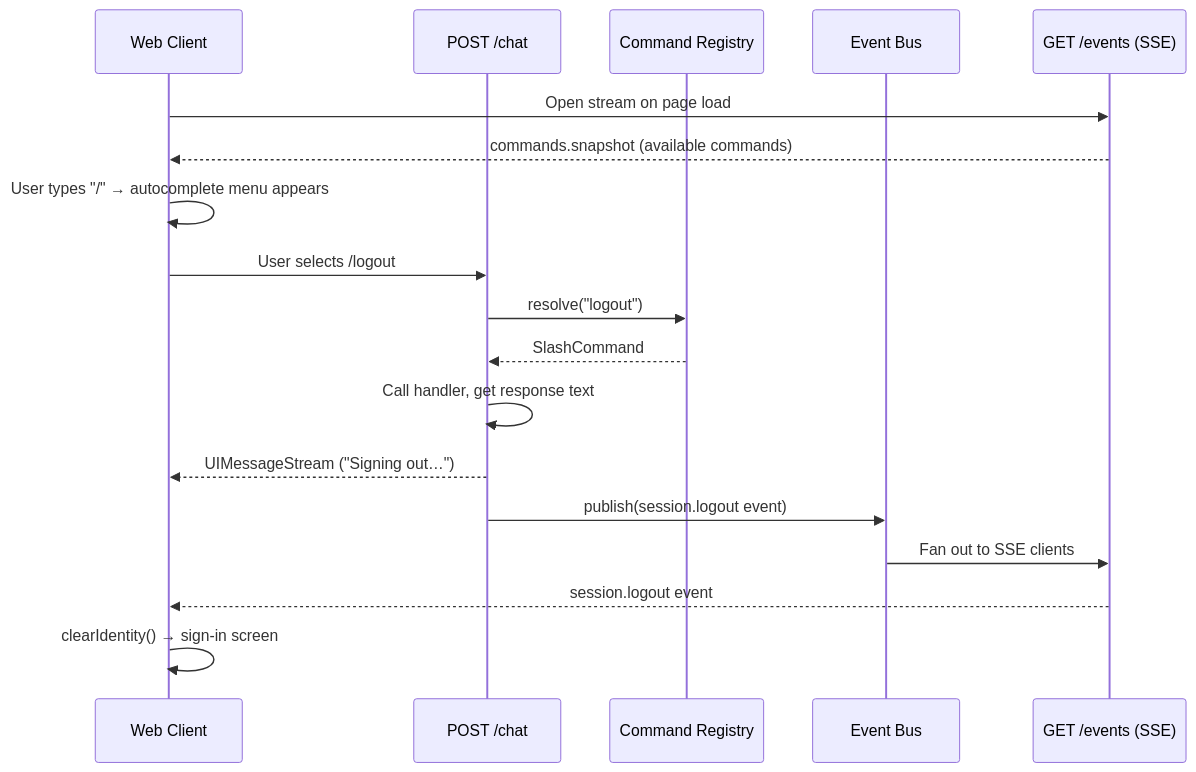
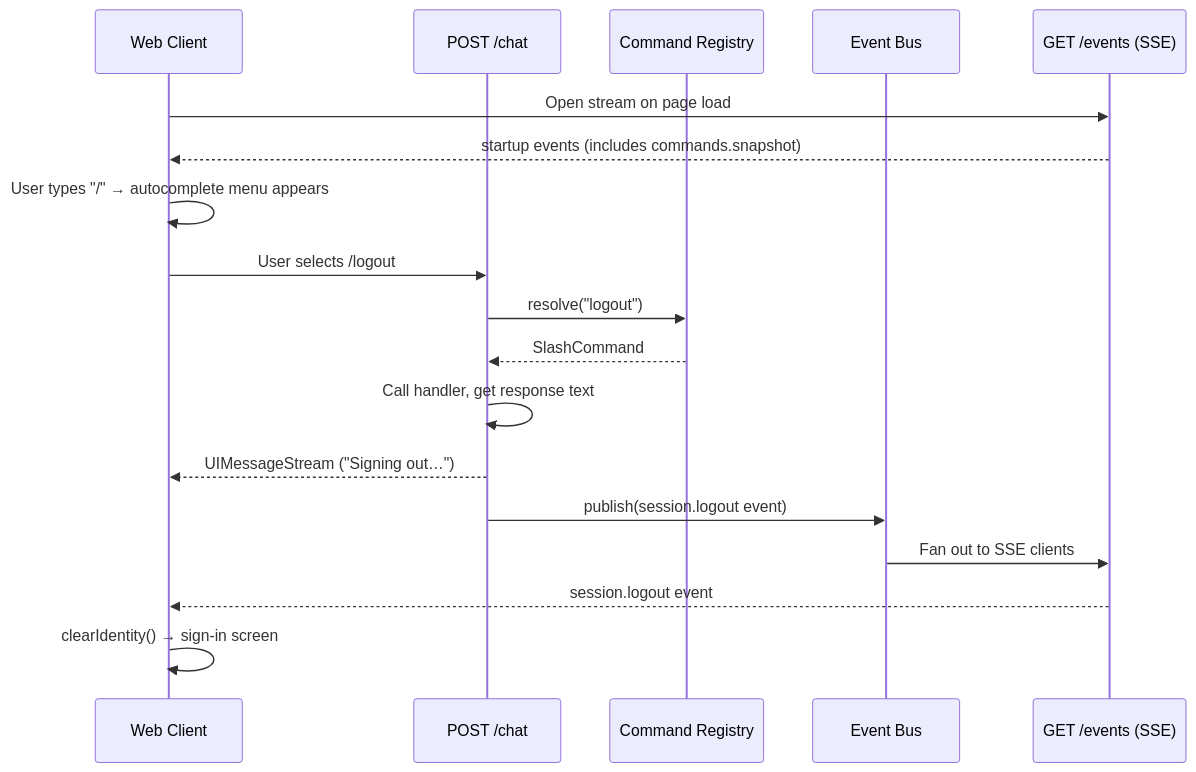
Before and after one commit to trq/flowly: the diagram in docs/slash-commands.md, drawn with Mermaid. The commit also changed other lines of this file and 4 other files, not shown here.

````diff
--- a/docs/slash-commands.md
+++ b/docs/slash-commands.md
@@ -7,22 +7,22 @@
 ```mermaid
 sequenceDiagram
   participant Web as Web Client
   participant Chat as POST /chat
   participant Registry as Command Registry
   participant Bus as Event Bus
   participant Events as GET /events (SSE)
 
   Web->>Events: Open stream on page load
-  Events-->>Web: commands.snapshot (available commands)
+  Events-->>Web: startup events (includes commands.snapshot)
 
   Web->>Web: User types "/" → autocomplete menu appears
   Web->>Chat: User selects /logout
   Chat->>Registry: resolve("logout")
   Registry-->>Chat: SlashCommand
   Chat->>Chat: Call handler, get response text
   Chat-->>Web: UIMessageStream ("Signing out…")
   Chat->>Bus: publish(session.logout event)
   Bus->>Events: Fan out to SSE clients
   Events-->>Web: session.logout event
   Web->>Web: clearIdentity() → sign-in screen
 ```
````
